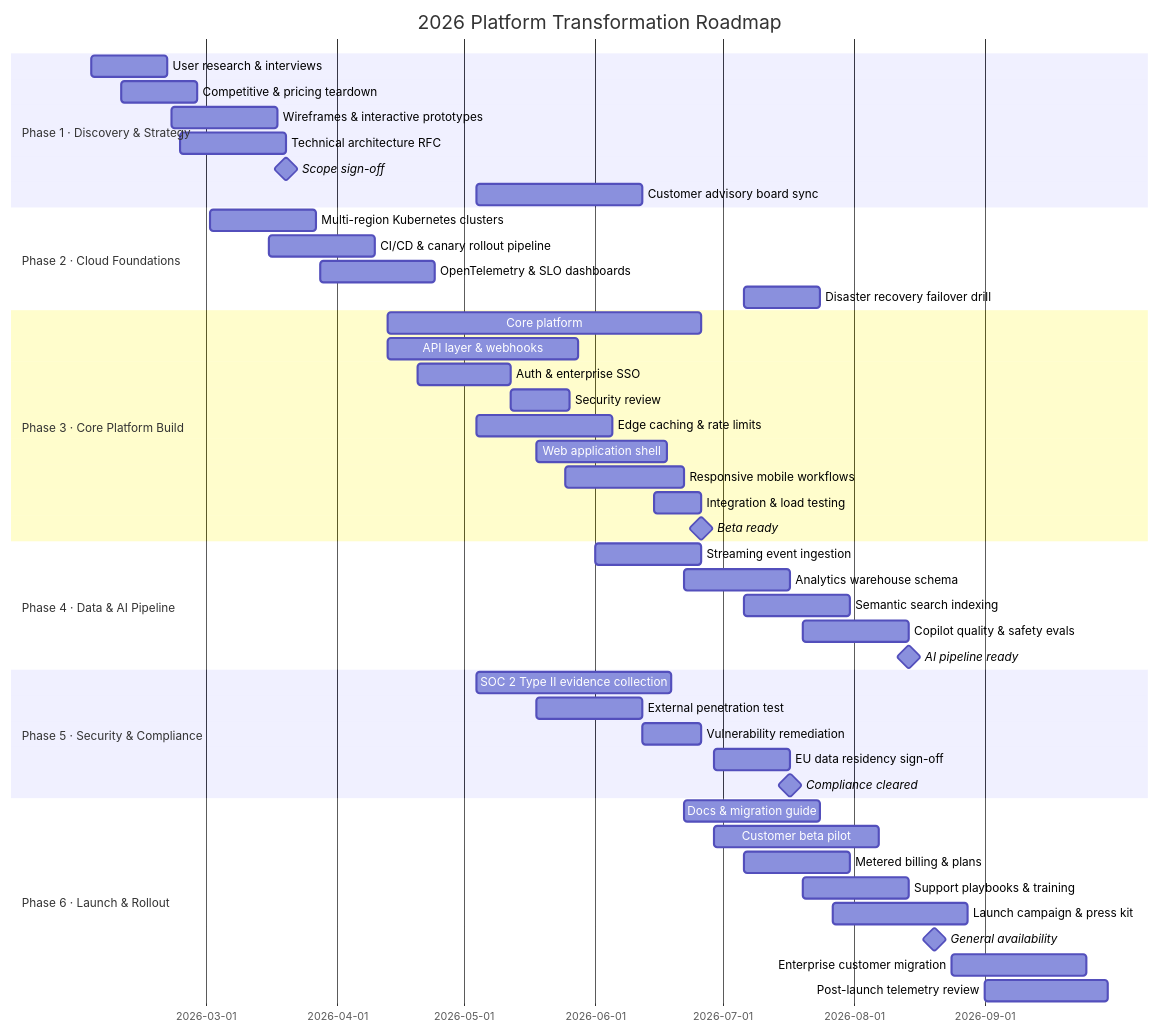
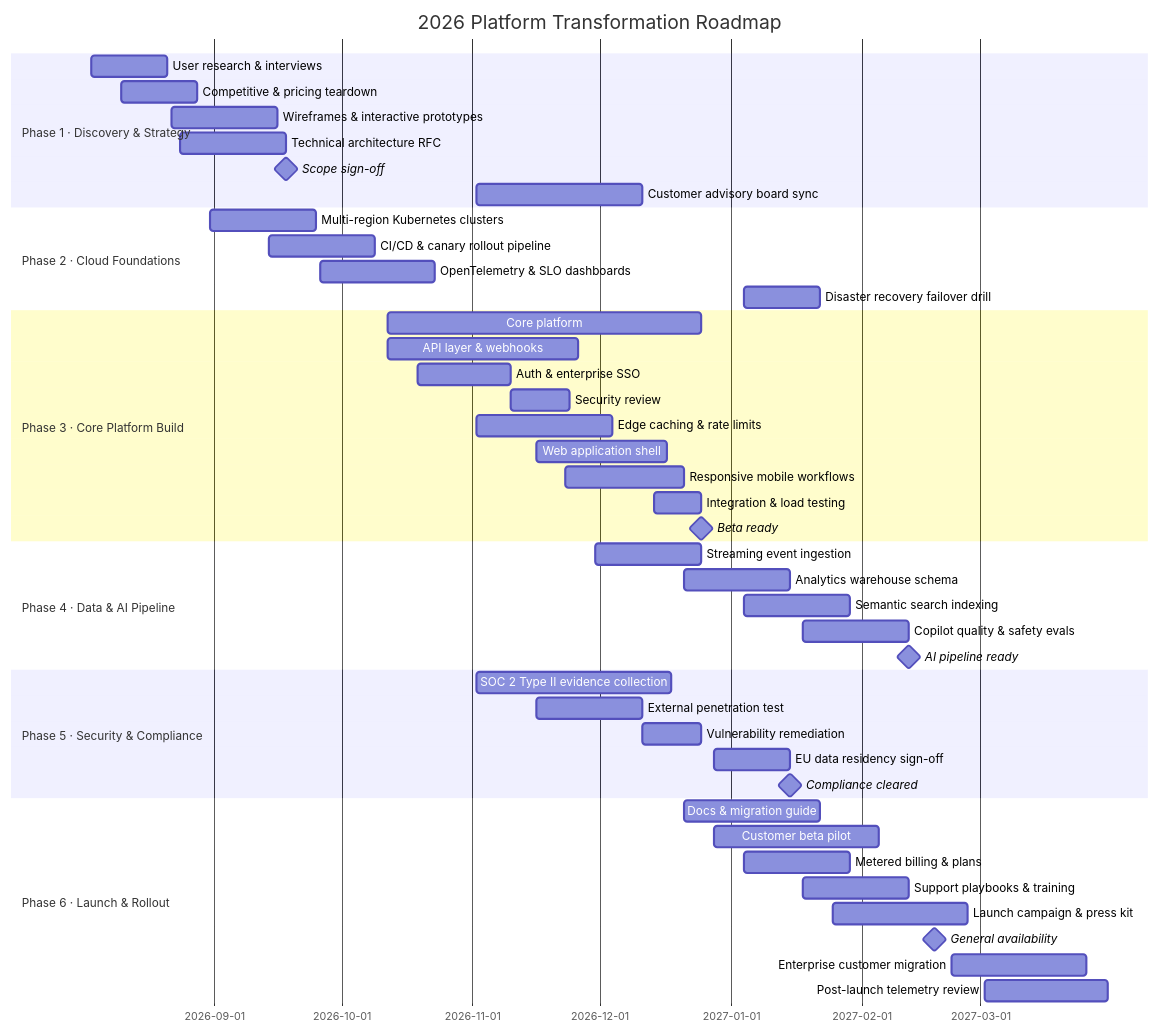
Before and after one commit to khanhchungoc/ultimate-diagraming-skill: the diagram in dev/examples/example-gantt.mmd, drawn with Mermaid. The commit also changed 16 other files, not shown here.

Commit message:
feat(gantt): polish timeline, table view, date picker, and drag-and-drop UX

```diff
--- a/dev/examples/example-gantt.mmd
+++ b/dev/examples/example-gantt.mmd
@@ -1,138 +1,138 @@
 gantt
     title 2026 Platform Transformation Roadmap
     dateFormat YYYY-MM-DD
     %% @zoom month
     %% @holidays none
-    %% @holiday 2026-05-25 Memorial Day
-    %% @holiday 2026-07-03 Independence Day (Observed)
-    %% @holiday 2026-09-07 Labor Day
+    %% @holiday 2026-11-26 Thanksgiving Day
+    %% @holiday 2027-01-01 New Year's Day
+    %% @holiday 2027-01-18 Martin Luther King Jr. Day
     %% @colorKey 1: Engineering, 2: Design, 3: Security, 4: Go-to-Market, 5: Data & AI
-    %% @marker Beta Freeze : 2026-06-22 1
-    %% @marker Launch Day : 2026-08-20 4
+    %% @marker Beta Freeze : 2026-12-21 1
+    %% @marker Launch Day : 2027-02-18 4
 
     section Phase 1 · Discovery & Strategy
-    User research & interviews       :res, 2026-02-02, 2026-02-20
+    User research & interviews       :res, 2026-08-03, 2026-08-21
     %% @color res 2
     %% @note res Interview 18 enterprise buyers across US, EU, and APAC.
-    Competitive & pricing teardown   :market, 2026-02-09, 2026-02-27
+    Competitive & pricing teardown   :market, 2026-08-10, 2026-08-28
     %% @color market 4
-    Wireframes & interactive prototypes :ux, 2026-02-21, 2026-03-18
+    Wireframes & interactive prototypes :ux, 2026-08-22, 2026-09-16
     %% @color ux 2
     %% @dep ux fs res
-    Technical architecture RFC       :spec, 2026-02-23, 2026-03-20
+    Technical architecture RFC       :spec, 2026-08-24, 2026-09-18
     %% @color spec 1
     %% @dep spec ss res
-    Scope sign-off                   :milestone, signoff, 2026-03-20, 0d
+    Scope sign-off                   :milestone, signoff, 2026-09-18, 0d
     %% @color signoff 2
     %% @dep signoff fs ux
-    Customer advisory board sync     :cab, 2026-05-04, 2026-06-12
+    Customer advisory board sync     :cab, 2026-11-02, 2026-12-11
     %% @color cab 4
     %% @note cab Monthly executive check-in carried over from Discovery.
 
     section Phase 2 · Cloud Foundations
-    Multi-region Kubernetes clusters :infra, 2026-03-02, 2026-03-27
+    Multi-region Kubernetes clusters :infra, 2026-08-31, 2026-09-25
     %% @color infra 1
     %% @dep infra ss spec
-    CI/CD & canary rollout pipeline  :ci, 2026-03-16, 2026-04-10
+    CI/CD & canary rollout pipeline  :ci, 2026-09-14, 2026-10-09
     %% @color ci 1
     %% @dep ci ss infra
-    OpenTelemetry & SLO dashboards   :obs, 2026-03-28, 2026-04-24
+    OpenTelemetry & SLO dashboards   :obs, 2026-09-26, 2026-10-23
     %% @color obs 1
-    Disaster recovery failover drill :dr, 2026-07-06, 2026-07-24
+    Disaster recovery failover drill :dr, 2027-01-04, 2027-01-22
     %% @color dr 3
 
     section Phase 3 · Core Platform Build
-    Core platform                    :plat, 2026-04-13, 2026-06-26
+    Core platform                    :plat, 2026-10-12, 2026-12-25
     %% @color plat 1
-    API layer & webhooks             :api, 2026-04-13, 2026-05-28
+    API layer & webhooks             :api, 2026-10-12, 2026-11-26
     %% @parent api plat
     %% @color api 1
     %% @dep api fs spec
     %% @note api GraphQL and REST endpoints with versioned webhooks.
-    Auth & enterprise SSO            :auth, 2026-04-20, 2026-05-12
+    Auth & enterprise SSO            :auth, 2026-10-19, 2026-11-10
     %% @parent auth api
     %% @color auth 3
     %% @dep auth ss api
-    Security review                  :audit, 2026-05-12, 2026-05-26
+    Security review                  :audit, 2026-11-10, 2026-11-24
     %% @parent audit api
     %% @color audit 3
     %% @dep audit fs auth
     %% @note audit External pen-test and SOC 2 access controls check.
-    Edge caching & rate limits       :cache, 2026-05-04, 2026-06-05
+    Edge caching & rate limits       :cache, 2026-11-02, 2026-12-04
     %% @parent cache plat
     %% @color cache 1
-    Web application shell            :ui, 2026-05-18, 2026-06-18
+    Web application shell            :ui, 2026-11-16, 2026-12-17
     %% @parent ui plat
     %% @color ui 2
     %% @dep ui fs api
     %% @note ui Starts on mocked API contracts; intentional overlap with API freeze.
-    Responsive mobile workflows      :mobile, 2026-05-25, 2026-06-22
+    Responsive mobile workflows      :mobile, 2026-11-23, 2026-12-21
     %% @parent mobile plat
     %% @color mobile 2
-    Integration & load testing       :qa, 2026-06-15, 2026-06-26
+    Integration & load testing       :qa, 2026-12-14, 2026-12-25
     %% @parent qa plat
     %% @color qa 1
     %% @dep qa fs ui
-    Beta ready                       :milestone, beta, 2026-06-26, 0d
+    Beta ready                       :milestone, beta, 2026-12-25, 0d
     %% @parent beta plat
     %% @color beta 1
     %% @dep beta fs qa
 
     section Phase 4 · Data & AI Pipeline
-    Streaming event ingestion        :ingest, 2026-06-01, 2026-06-26
+    Streaming event ingestion        :ingest, 2026-11-30, 2026-12-25
     %% @color ingest 5
     %% @dep ingest fs api
-    Analytics warehouse schema       :warehouse, 2026-06-22, 2026-07-17
+    Analytics warehouse schema       :warehouse, 2026-12-21, 2027-01-15
     %% @color warehouse 5
     %% @dep warehouse fs ingest
-    Semantic search indexing         :search_idx, 2026-07-06, 2026-07-31
+    Semantic search indexing         :search_idx, 2027-01-04, 2027-01-29
     %% @color search_idx 5
     %% @dep search_idx ss warehouse
-    Copilot quality & safety evals   :evals, 2026-07-20, 2026-08-14
+    Copilot quality & safety evals   :evals, 2027-01-18, 2027-02-12
     %% @color evals 5
     %% @dep evals ss search_idx
-    AI pipeline ready                :milestone, ai_ready, 2026-08-14, 0d
+    AI pipeline ready                :milestone, ai_ready, 2027-02-12, 0d
     %% @color ai_ready 5
     %% @dep ai_ready fs evals
 
     section Phase 5 · Security & Compliance
-    SOC 2 Type II evidence collection :soc2, 2026-05-04, 2026-06-19
+    SOC 2 Type II evidence collection :soc2, 2026-11-02, 2026-12-18
     %% @color soc2 3
-    External penetration test        :pentest, 2026-05-18, 2026-06-12
+    External penetration test        :pentest, 2026-11-16, 2026-12-11
     %% @color pentest 3
     %% @dep pentest ss audit
-    Vulnerability remediation        :remed, 2026-06-12, 2026-06-26
+    Vulnerability remediation        :remed, 2026-12-11, 2026-12-25
     %% @color remed 3
     %% @dep remed fs pentest
-    EU data residency sign-off       :gdpr, 2026-06-29, 2026-07-17
+    EU data residency sign-off       :gdpr, 2026-12-28, 2027-01-15
     %% @color gdpr 3
     %% @dep gdpr fs remed
-    Compliance cleared               :milestone, comp_done, 2026-07-17, 0d
+    Compliance cleared               :milestone, comp_done, 2027-01-15, 0d
     %% @color comp_done 3
     %% @dep comp_done fs gdpr
 
     section Phase 6 · Launch & Rollout
-    Docs & migration guide           :docs, 2026-06-22, 2026-07-24
+    Docs & migration guide           :docs, 2026-12-21, 2027-01-22
     %% @color docs 4
     %% @dep docs ss qa
-    Customer beta pilot              :pilot, 2026-06-29, 2026-08-07
+    Customer beta pilot              :pilot, 2026-12-28, 2027-02-05
     %% @color pilot 4
     %% @dep pilot fs beta
     %% @note pilot Five design-partner teams running production workloads.
-    Metered billing & plans          :billing, 2026-07-06, 2026-07-31
+    Metered billing & plans          :billing, 2027-01-04, 2027-01-29
     %% @color billing 1
-    Support playbooks & training     :support, 2026-07-20, 2026-08-14
+    Support playbooks & training     :support, 2027-01-18, 2027-02-12
     %% @color support 4
-    Launch campaign & press kit      :gtm, 2026-07-27, 2026-08-28
+    Launch campaign & press kit      :gtm, 2027-01-25, 2027-02-26
     %% @color gtm 4
     %% @dep gtm ss pilot
-    General availability             :milestone, ga, 2026-08-20, 0d
+    General availability             :milestone, ga, 2027-02-18, 0d
     %% @color ga 4
     %% @dep ga fs pilot
     %% @dep ga fs comp_done
     %% @dep ga fs ai_ready
-    Enterprise customer migration    :onboard, 2026-08-24, 2026-09-25
+    Enterprise customer migration    :onboard, 2027-02-22, 2027-03-26
     %% @color onboard 4
     %% @dep onboard fs ga
-    Post-launch telemetry review     :post_tel, 2026-09-01, 2026-09-30
+    Post-launch telemetry review     :post_tel, 2027-03-02, 2027-03-31
     %% @color post_tel 5
```
